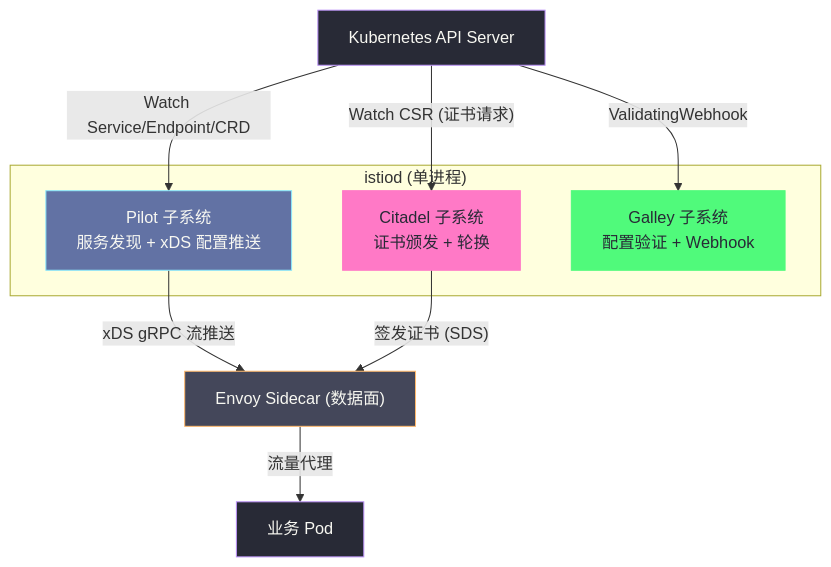
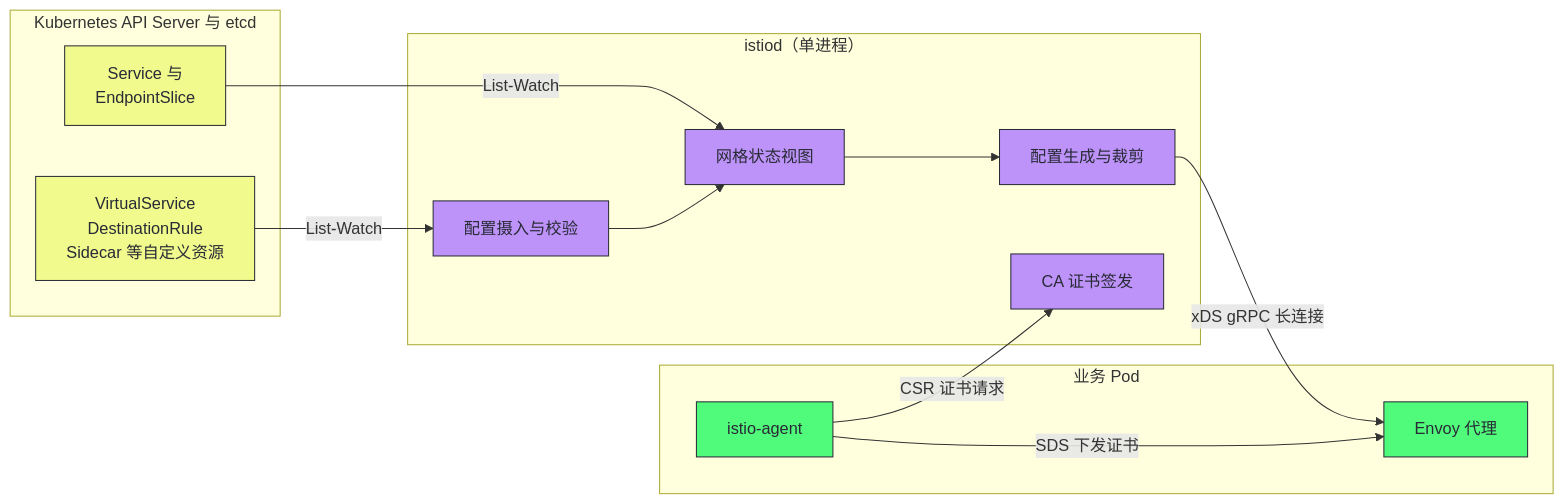
One commit to hpliStartAgain/my-brain changed the first of 2 diagrams in content/云原生/服务网格/02 Istio架构——控制面与数据面的职责分离.md. Above: the diagram before and after it, drawn with Mermaid. The commit also changed other lines of this file and 47 other files, not shown here.

````diff
--- a/content/云原生/服务网格/02 Istio架构——控制面与数据面的职责分离.md
+++ b/content/云原生/服务网格/02 Istio架构——控制面与数据面的职责分离.md
@@ -60,32 +173,32 @@
 ```mermaid
 %%{init: {'theme': 'dracula'}}%%
-graph TD
-    classDef pilot fill:#6272a4,stroke:#8be9fd,color:#f8f8f2
-    classDef citadel fill:#ff79c6,stroke:#ff79c6,color:#282a36
-    classDef galley fill:#50fa7b,stroke:#50fa7b,color:#282a36
-    classDef external fill:#282a36,stroke:#bd93f9,color:#f8f8f2
-    classDef data fill:#44475a,stroke:#ffb86c,color:#f8f8f2
+flowchart LR
+    subgraph K8s["Kubernetes API Server 与 etcd"]
+        CRD["VirtualService<br/>DestinationRule<br/>Sidecar 等自定义资源"]
+        EP["Service 与<br/>EndpointSlice"]
+    end
+    subgraph istio["istiod（单进程）"]
+        IN["配置摄入与校验"]
+        STATE["网格状态视图"]
+        GEN["配置生成与裁剪"]
+        CA["CA 证书签发"]
+    end
+    subgraph Pod["业务 Pod"]
+        AGENT["istio-agent"]
+        ENVOY["Envoy 代理"]
+    end
+    CRD -->|List-Watch| IN
+    EP -->|List-Watch| STATE
+    IN --> STATE
+    STATE --> GEN
+    GEN -->|"xDS gRPC 长连接"| ENVOY
+    AGENT -->|"CSR 证书请求"| CA
+    AGENT -->|"SDS 下发证书"| ENVOY
 
-    subgraph "istiod (单进程)"
-        Pilot["Pilot 子系统</br>服务发现 + xDS 配置推送"]
-        Citadel["Citadel 子系统</br>证书颁发 + 轮换"]
-        Galley["Galley 子系统</br>配置验证 + Webhook"]
-    end
-
-    K8sAPI["Kubernetes API Server"]
-    EnvoyProxy["Envoy Sidecar (数据面)"]
-    Workload["业务 Pod"]
-
-    K8sAPI -->|"Watch Service/Endpoint/CRD"| Pilot
-    K8sAPI -->|"Watch CSR (证书请求)"| Citadel
-    K8sAPI -->|"ValidatingWebhook"| Galley
-    Pilot -->|"xDS gRPC 流推送"| EnvoyProxy
-    Citadel -->|"签发证书 (SDS)"| EnvoyProxy
-    EnvoyProxy -->|"流量代理"| Workload
-
-    class Pilot pilot
-    class Citadel citadel
-    class Galley galley
-    class K8sAPI,Workload external
-    class EnvoyProxy data
+    classDef src fill:#f1fa8c,stroke:#282a36,color:#282a36
+    classDef core fill:#bd93f9,stroke:#282a36,color:#282a36
+    classDef data fill:#50fa7b,stroke:#282a36,color:#282a36
+    class CRD,EP src
+    class IN,STATE,GEN,CA core
+    class AGENT,ENVOY data
 ```
````
